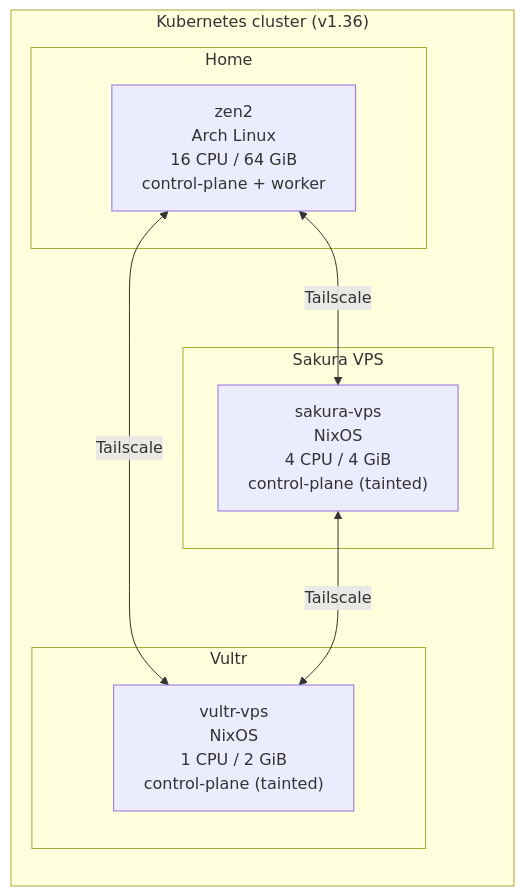
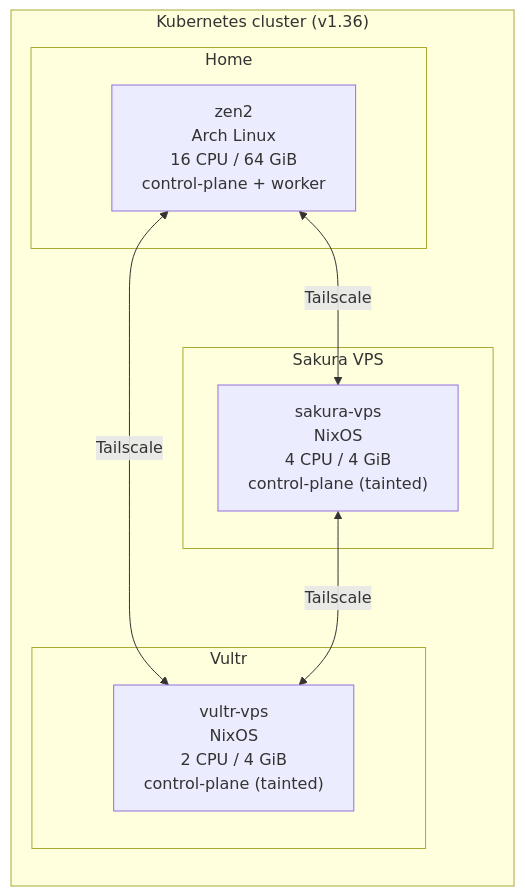
Before and after one commit to toof-jp/infra: the second of 2 diagrams in README.md, drawn with Mermaid.

Commit message:
docs: correct vultr-vps specs to match terraform plan

````diff
--- a/README.md
+++ b/README.md
@@ -66,18 +66,18 @@
 ```mermaid
 flowchart LR
     subgraph k8s["Kubernetes cluster (v1.36)"]
         subgraph home["Home"]
             zen2["zen2<br/>Arch Linux<br/>16 CPU / 64 GiB<br/>control-plane + worker"]
         end
         subgraph sakura["Sakura VPS"]
             sakuravps["sakura-vps<br/>NixOS<br/>4 CPU / 4 GiB<br/>control-plane (tainted)"]
         end
         subgraph vultrcloud["Vultr"]
-            vultrvps["vultr-vps<br/>NixOS<br/>1 CPU / 2 GiB<br/>control-plane (tainted)"]
+            vultrvps["vultr-vps<br/>NixOS<br/>2 CPU / 4 GiB<br/>control-plane (tainted)"]
         end
     end
 
     zen2 <-->|Tailscale| sakuravps
     zen2 <-->|Tailscale| vultrvps
     sakuravps <-->|Tailscale| vultrvps
 ```
````
